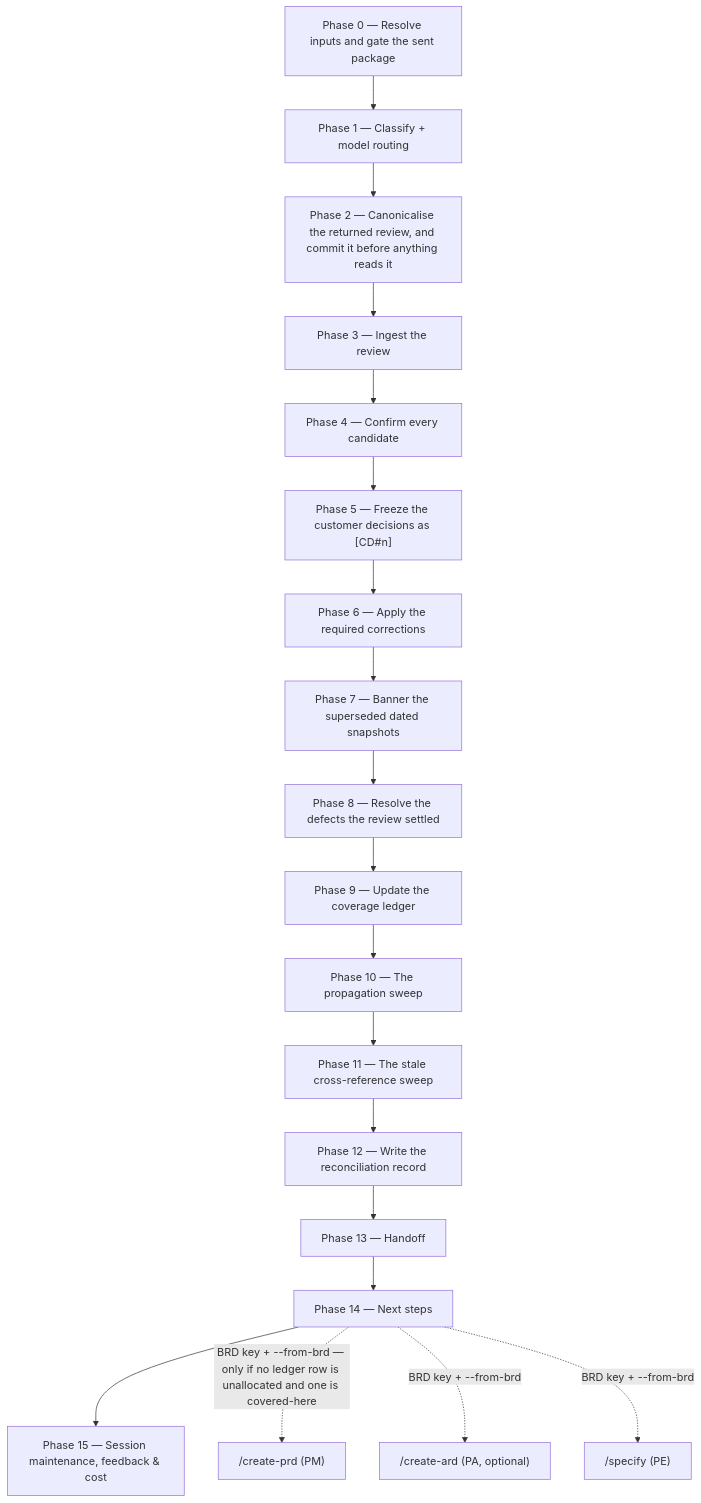
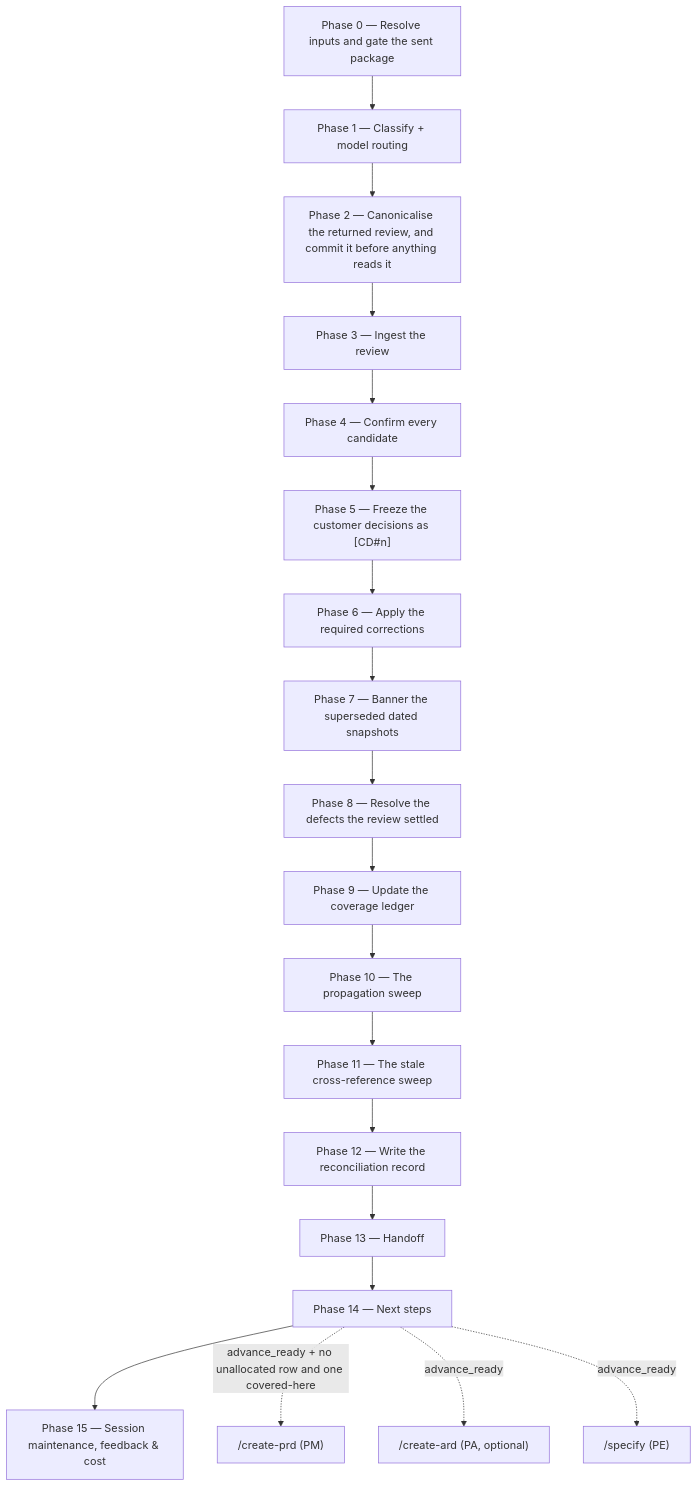
The diagram in plugins/dev-workflows/docs/commands/brd-reconcile.md (ihudak/ihudak-claude-plugins), drawn with Mermaid before and after one commit. The commit also changed other lines of this file and 7 other files, not shown here.

````diff
--- a/plugins/dev-workflows/docs/commands/brd-reconcile.md
+++ b/plugins/dev-workflows/docs/commands/brd-reconcile.md
@@ -57,21 +57,21 @@
 ```mermaid
 flowchart TD
     p0["Phase 0 — Resolve inputs and gate the sent package"] --> p1["Phase 1 — Classify + model routing"]
     p1 --> p2["Phase 2 — Canonicalise the returned review, and commit it before anything reads it"]
     p2 --> p3["Phase 3 — Ingest the review"]
     p3 --> p4["Phase 4 — Confirm every candidate"]
     p4 --> p5["Phase 5 — Freeze the customer decisions as [CD#n]"]
     p5 --> p6["Phase 6 — Apply the required corrections"]
     p6 --> p7["Phase 7 — Banner the superseded dated snapshots"]
     p7 --> p8["Phase 8 — Resolve the defects the review settled"]
     p8 --> p9["Phase 9 — Update the coverage ledger"]
     p9 --> p10["Phase 10 — The propagation sweep"]
     p10 --> p11["Phase 11 — The stale cross-reference sweep"]
     p11 --> p12["Phase 12 — Write the reconciliation record"]
     p12 --> p13["Phase 13 — Handoff"]
     p13 --> p14["Phase 14 — Next steps"]
     p14 --> p15["Phase 15 — Session maintenance, feedback & cost"]
-    p14 -.->|"BRD key + --from-brd — only if no ledger row is unallocated and one is covered-here"| prd["/create-prd (PM)"]
-    p14 -.->|"BRD key + --from-brd"| ard["/create-ard (PA, optional)"]
-    p14 -.->|"BRD key + --from-brd"| spec["/specify (PE)"]
+    p14 -.->|"advance_ready + no unallocated row and one covered-here"| prd["/create-prd (PM)"]
+    p14 -.->|"advance_ready"| ard["/create-ard (PA, optional)"]
+    p14 -.->|"advance_ready"| spec["/specify (PE)"]
 ```
````
